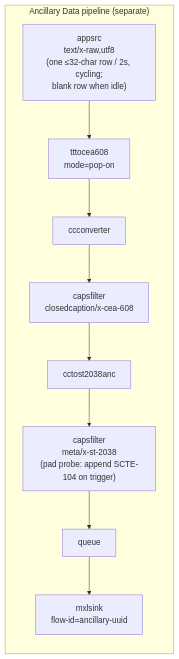
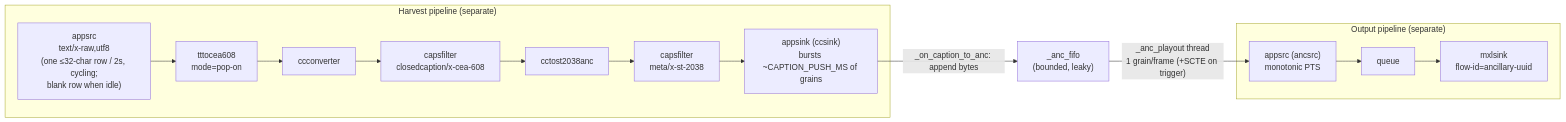
The second of 8 diagrams in gst-apps/gstreamer-pipeline.md (cbcrc/mxl-hands-on), drawn with Mermaid before and after one commit. The commit also changed other lines of this file and 4 other files, not shown here.

````diff
--- a/gst-apps/gstreamer-pipeline.md
+++ b/gst-apps/gstreamer-pipeline.md
@@ -182,15 +194,21 @@
 ```mermaid
 flowchart LR
-    subgraph ancillary_pipeline["Ancillary Data pipeline (separate)"]
+    subgraph harvest["Harvest pipeline (separate)"]
         ccsrc["appsrc\ntext/x-raw,utf8\n(one ≤32-char row / 2s, cycling;\nblank row when idle)"]
         cc608["tttocea608\nmode=pop-on"]
         ccconv["ccconverter"]
         cccaps["capsfilter\nclosedcaption/x-cea-608"]
         ccanc["cctost2038anc"]
-        ccanccaps["capsfilter\nmeta/x-st-2038\n(pad probe: append SCTE-104 on trigger)"]
-        ccq["queue"]
+        ccanccaps["capsfilter\nmeta/x-st-2038"]
+        ccsink["appsink (ccsink)\nbursts ~CAPTION_PUSH_MS of grains"]
+        ccsrc --> cc608 --> ccconv --> cccaps --> ccanc --> ccanccaps --> ccsink
+    end
+    ccsink -->|"_on_caption_to_anc: append bytes"| fifo["_anc_fifo\n(bounded, leaky)"]
+    fifo -->|"_anc_playout thread\n1 grain/frame (+SCTE on trigger)"| ancsrc
+    subgraph output["Output pipeline (separate)"]
+        ancsrc["appsrc (ancsrc)\nmonotonic PTS"]
+        ancq["queue"]
         ancsink["mxlsink\nflow-id=ancillary-uuid"]
-
-        ccsrc --> cc608 --> ccconv --> cccaps --> ccanc --> ccanccaps --> ccq --> ancsink
+        ancsrc --> ancq --> ancsink
     end
 ```
````
